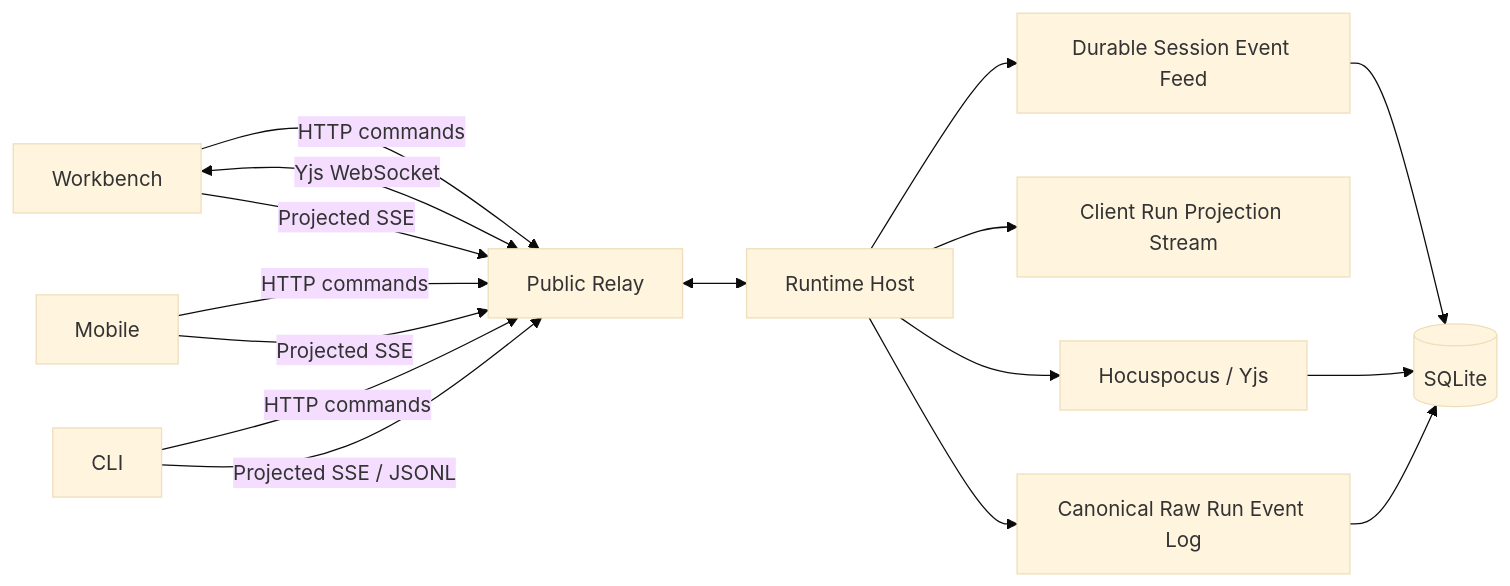
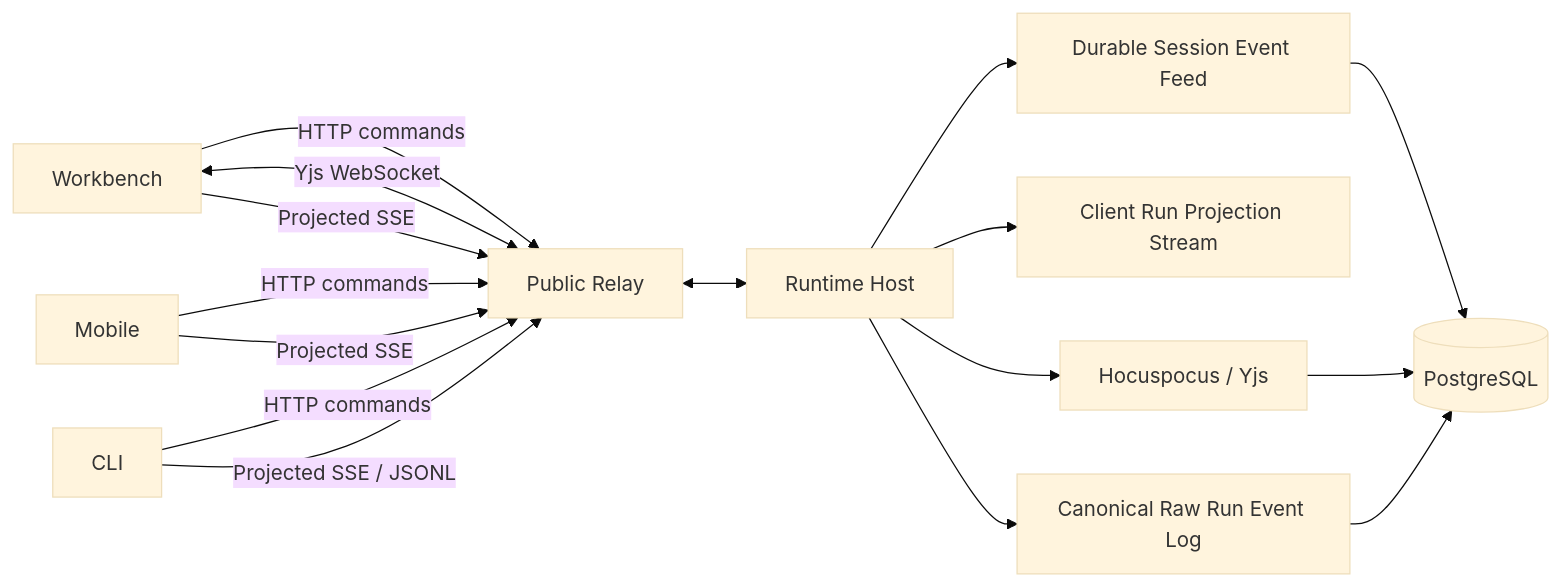
One commit to zioon-tech/zioon changed the diagram in docs/architecture/ADR-0002-REALTIME-SESSION-COLLABORATION.md. Above: the diagram before and after it, drawn with Mermaid (base theme). The commit also changed other lines of this file and 293 other files, not shown here.

````diff
--- a/docs/architecture/ADR-0002-REALTIME-SESSION-COLLABORATION.md
+++ b/docs/architecture/ADR-0002-REALTIME-SESSION-COLLABORATION.md
@@ -28,29 +28,29 @@
 ```mermaid
 flowchart LR
   WB[Workbench]
   MOB[Mobile]
   CLI[CLI]
   RELAY[Public Relay]
   RT[Runtime Host]
   FEED[Durable Session Event Feed]
   PROJECTION[Client Run Projection Stream]
   COLLAB[Hocuspocus / Yjs]
   RUN[Canonical Raw Run Event Log]
-  DB[(SQLite)]
+  DB[(PostgreSQL)]
 
   WB -->|HTTP commands| RELAY
   MOB -->|HTTP commands| RELAY
   CLI -->|HTTP commands| RELAY
   WB <-->|Yjs WebSocket| RELAY
   WB -->|Projected SSE| RELAY
   MOB -->|Projected SSE| RELAY
   CLI -->|Projected SSE / JSONL| RELAY
   RELAY <--> RT
   RT --> FEED
   RT --> PROJECTION
   RT --> COLLAB
   RT --> RUN
   FEED --> DB
   COLLAB --> DB
   RUN --> DB
 ```
````
